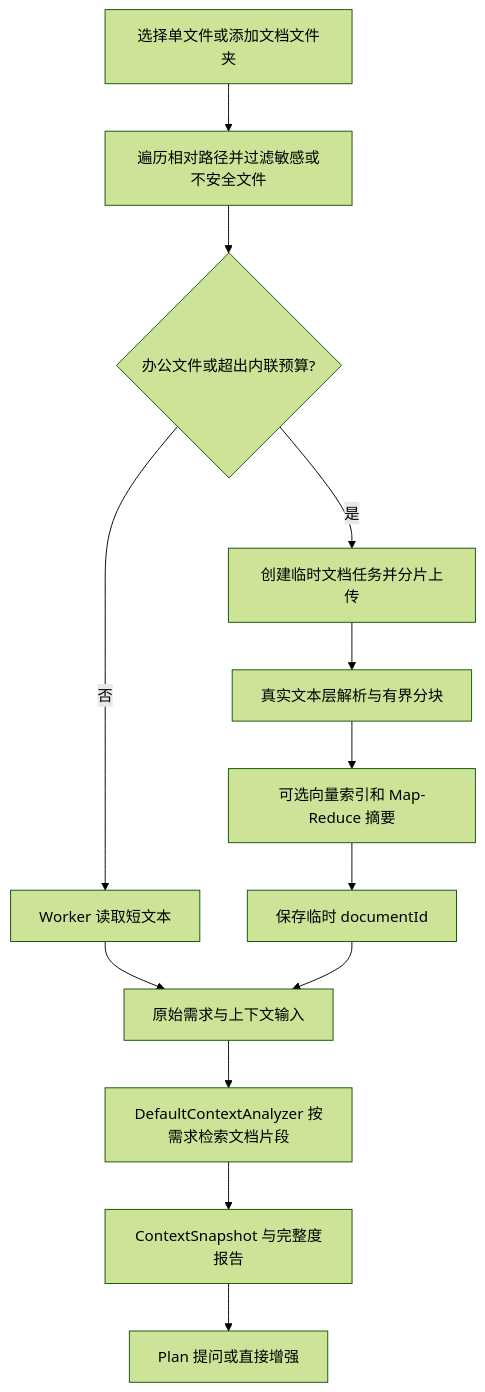
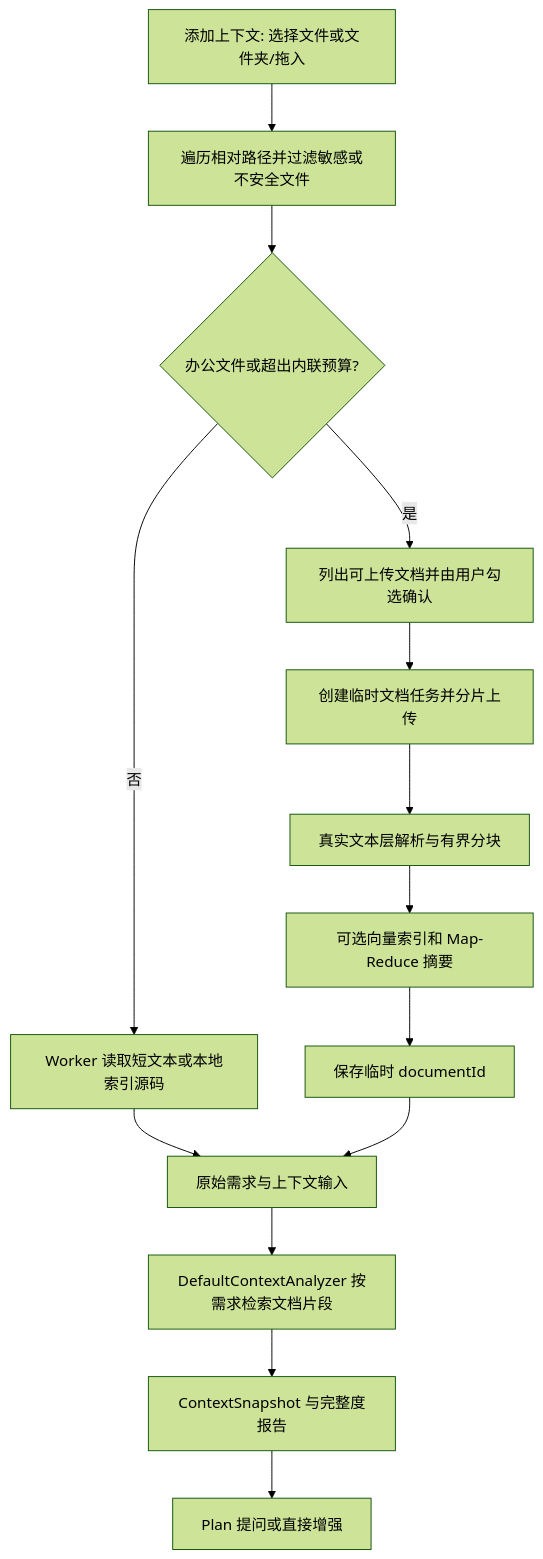
Before and after one commit to QingNiao0x/prompt-optimizer-platform: the diagram in docs/testing/文档读取与内容匹配验证.md, drawn with Mermaid (forest theme). The commit also changed other lines of this file and 13 other files, not shown here.

````diff
--- a/docs/testing/文档读取与内容匹配验证.md
+++ b/docs/testing/文档读取与内容匹配验证.md
@@ -31,15 +31,16 @@
 ```mermaid
 flowchart TD
-    A[选择单文件或添加文档文件夹] --> B[遍历相对路径并过滤敏感或不安全文件]
+    A[添加上下文: 选择文件或文件夹/拖入] --> B[遍历相对路径并过滤敏感或不安全文件]
     B --> C{办公文件或超出内联预算?}
-    C -->|否| D[Worker 读取短文本]
-    C -->|是| E[创建临时文档任务并分片上传]
+    C -->|否| D[Worker 读取短文本或本地索引源码]
+    C -->|是| P[列出可上传文档并由用户勾选确认]
+    P --> E[创建临时文档任务并分片上传]
     E --> F[真实文本层解析与有界分块]
     F --> G[可选向量索引和 Map-Reduce 摘要]
     G --> H[保存临时 documentId]
     D --> I[原始需求与上下文输入]
     H --> I
     I --> J[DefaultContextAnalyzer 按需求检索文档片段]
     J --> K[ContextSnapshot 与完整度报告]
     K --> L[Plan 提问或直接增强]
 ```
````
